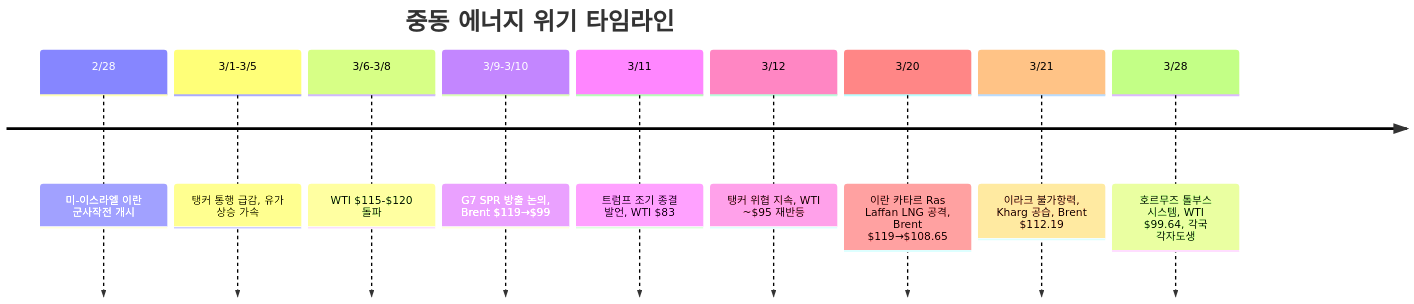
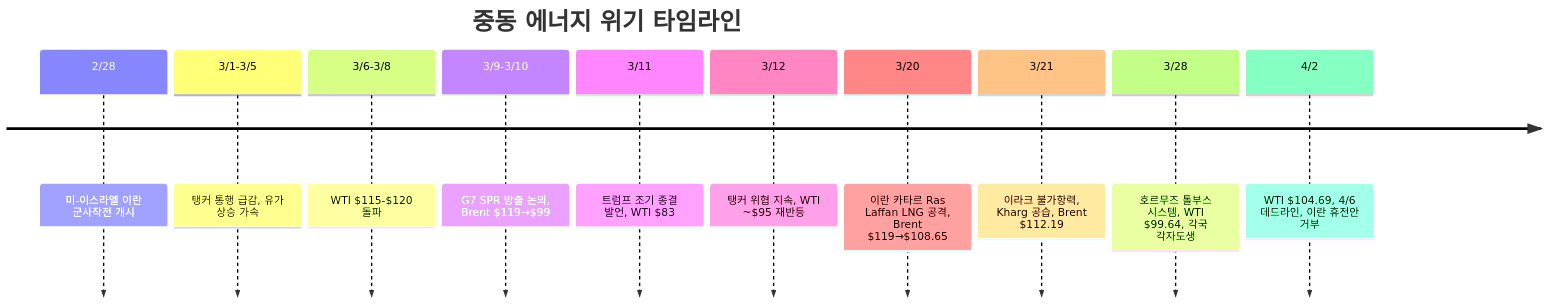
One commit to dss99911/dss99911.github.io changed the second of 11 diagrams in _posts/knowledge/invest/2026-03-07-energy-sector-outlook-2026.md. Above: the diagram before and after it, drawn with Mermaid. The commit also changed other lines of this file and 3 other files, not shown here.

````diff
--- a/_posts/knowledge/invest/2026-03-07-energy-sector-outlook-2026.md
+++ b/_posts/knowledge/invest/2026-03-07-energy-sector-outlook-2026.md
@@ -112,13 +112,14 @@
 ```mermaid
 timeline
     title 중동 에너지 위기 타임라인
     2/28 : 미-이스라엘 이란 군사작전 개시
     3/1-3/5 : 탱커 통행 급감, 유가 상승 가속
     3/6-3/8 : WTI $115-$120 돌파
     3/9-3/10 : G7 SPR 방출 논의, Brent $119→$99
     3/11 : 트럼프 조기 종결 발언, WTI $83
     3/12 : 탱커 위협 지속, WTI ~$95 재반등
     3/20 : 이란 카타르 Ras Laffan LNG 공격, Brent $119→$108.65
     3/21 : 이라크 불가항력, Kharg 공습, Brent $112.19
     3/28 : 호르무즈 톨부스 시스템, WTI $99.64, 각국 각자도생
+    4/2 : WTI $104.69, 4/6 데드라인, 이란 휴전안 거부
 ```
````
